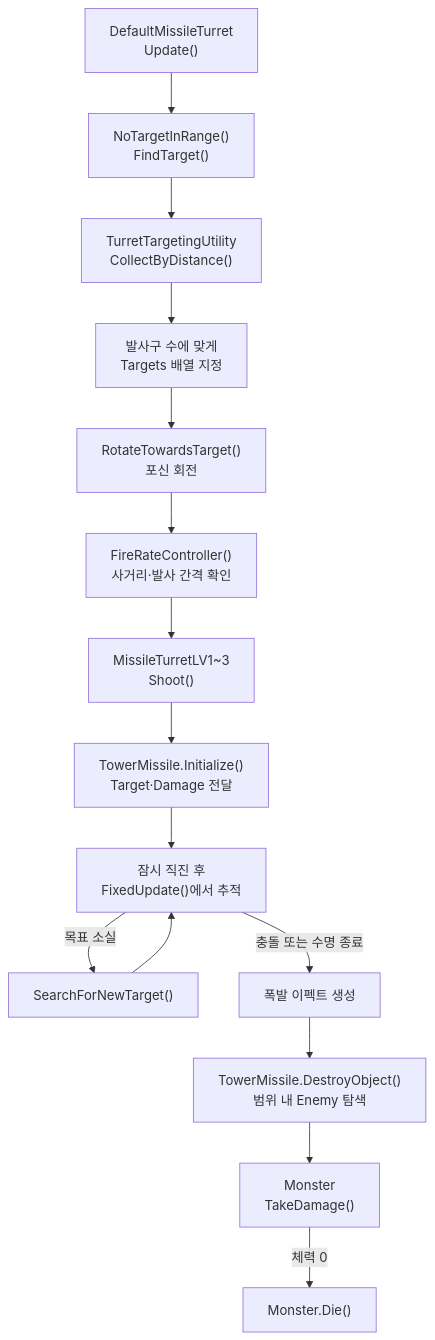
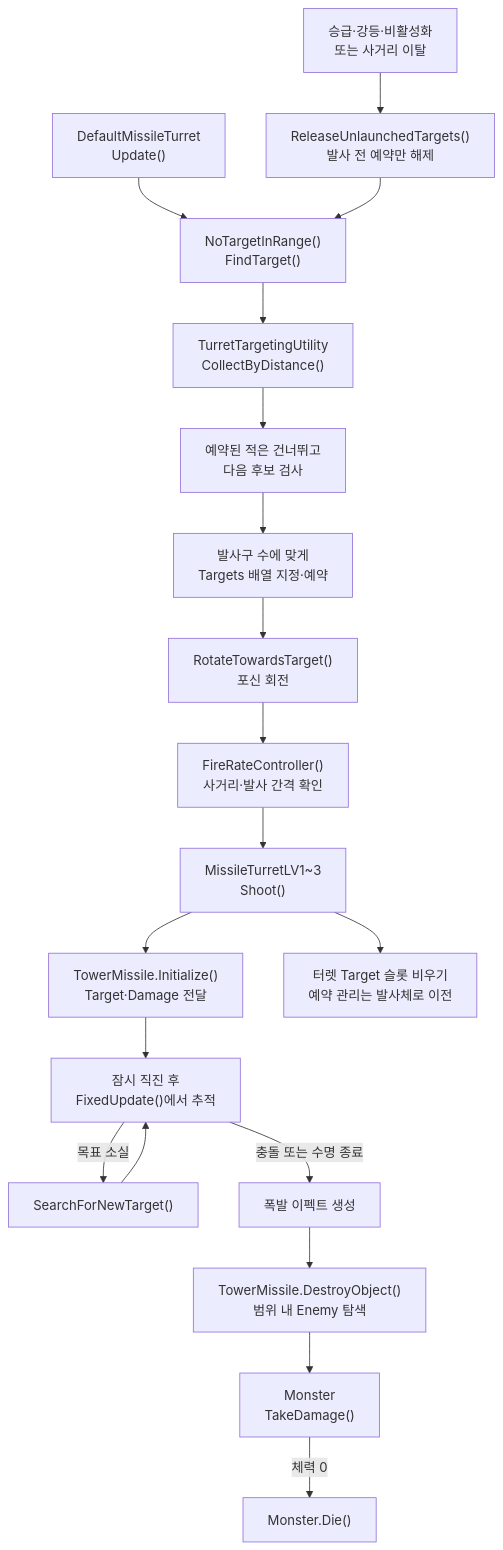
One commit to Team-HJD-21/unity-6-the-developer changed the seventh of 13 diagrams in Docs/architecture/turret-system-guide.md. Above: the diagram before and after it, drawn with Mermaid. The commit also changed other lines of this file and 1 other file, not shown here.

First line of the commit message:
fix(turret): release missile target reservations on level changes

````diff
--- a/Docs/architecture/turret-system-guide.md
+++ b/Docs/architecture/turret-system-guide.md
@@ -299,17 +299,21 @@
 ```mermaid
 flowchart TD
     Update["DefaultMissileTurret<br>Update()"] --> Search["NoTargetInRange()<br>FindTarget()"]
     Search --> Collect["TurretTargetingUtility<br>CollectByDistance()"]
-    Collect --> Targets["발사구 수에 맞게<br>Targets 배열 지정"]
+    Collect --> Filter["예약된 적은 건너뛰고<br>다음 후보 검사"]
+    Filter --> Targets["발사구 수에 맞게<br>Targets 배열 지정·예약"]
     Targets --> Rotate["RotateTowardsTarget()<br>포신 회전"]
     Rotate --> Fire["FireRateController()<br>사거리·발사 간격 확인"]
     Fire --> Shoot["MissileTurretLV1~3<br>Shoot()"]
     Shoot --> Init["TowerMissile.Initialize()<br>Target·Damage 전달"]
+    Shoot --> Transfer["터렛 Target 슬롯 비우기<br>예약 관리는 발사체로 이전"]
+    Change["승급·강등·비활성화<br>또는 사거리 이탈"] --> Release["ReleaseUnlaunchedTargets()<br>발사 전 예약만 해제"]
+    Release --> Search
     Init --> Straight["잠시 직진 후<br>FixedUpdate()에서 추적"]
     Straight -->|목표 소실| Retarget["SearchForNewTarget()"]
     Retarget --> Straight
     Straight -->|충돌 또는 수명 종료| Explosion["폭발 이펙트 생성"]
     Explosion --> Area["TowerMissile.DestroyObject()<br>범위 내 Enemy 탐색"]
     Area --> Damage["Monster<br>TakeDamage()"]
     Damage -->|체력 0| Die["Monster.Die()"]
 ```
````
